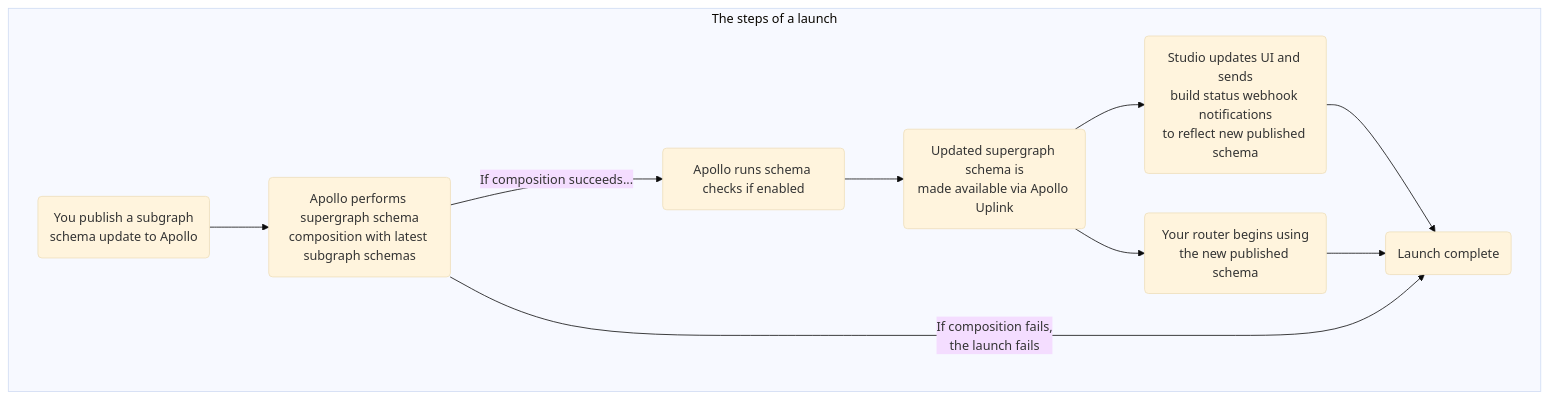
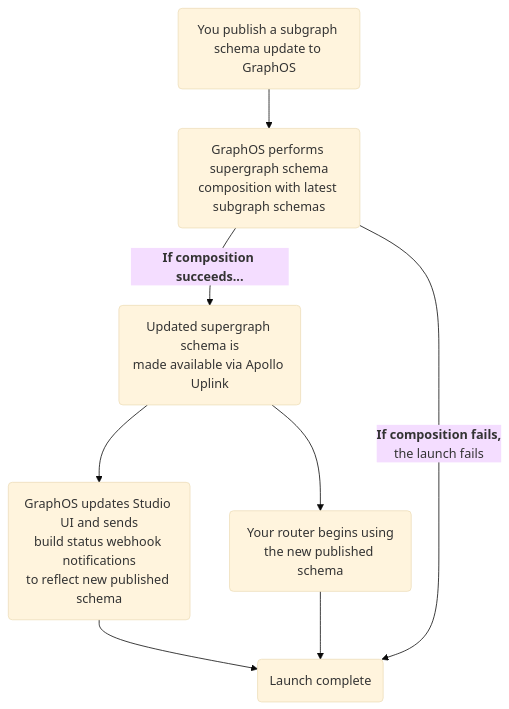
One commit to apollographql/docs changed the diagram in src/content/graphos/delivery/launches.mdx. Above: the diagram before and after it, drawn with Mermaid (base theme). The commit also changed other lines of this file and 3 other files, not shown here.

````diff
--- a/src/content/graphos/delivery/launches.mdx
+++ b/src/content/graphos/delivery/launches.mdx
@@ -33,13 +36,12 @@
 ```mermaid
 graph TB;
-  subgraph "The steps of a launch"
-  subgraphPublished(You publish a subgraph <br/>schema update to Apollo) --> composition(Apollo performs supergraph schema<br/>composition with latest subgraph schemas);
-  composition --"If composition succeeds..."-->checks(Apollo runs schema checks if enabled);
-  checks-->uplink(Updated supergraph schema is<br/>made available via Apollo Uplink);
-  uplink-->studio(Studio updates UI and sends<br/>build status webhook notifications<br/>to reflect new published schema);
+  subgraphPublished(You publish a subgraph <br/>schema update to GraphOS) --> composition(GraphOS performs supergraph schema<br/>composition with latest subgraph schemas);
+  composition --"<b>If composition succeeds...</b>"-->uplink(Updated supergraph schema is<br/>made available via Apollo Uplink);
+  uplink-->studio(GraphOS updates Studio UI and sends<br/>build status webhook notifications<br/>to reflect new published schema);
   uplink --> gateways(Your router begins using<br/>the new published schema);
   studio --> complete(Launch complete);
   gateways-->complete;
-  composition --"If composition fails,<br/>the launch fails"--> complete;
-  end
+  composition --"<b>If composition fails,</b><br/>the launch fails"--> complete;
+  class complete tertiary;
+  class subgraphPublished secondary;
 ```
````
